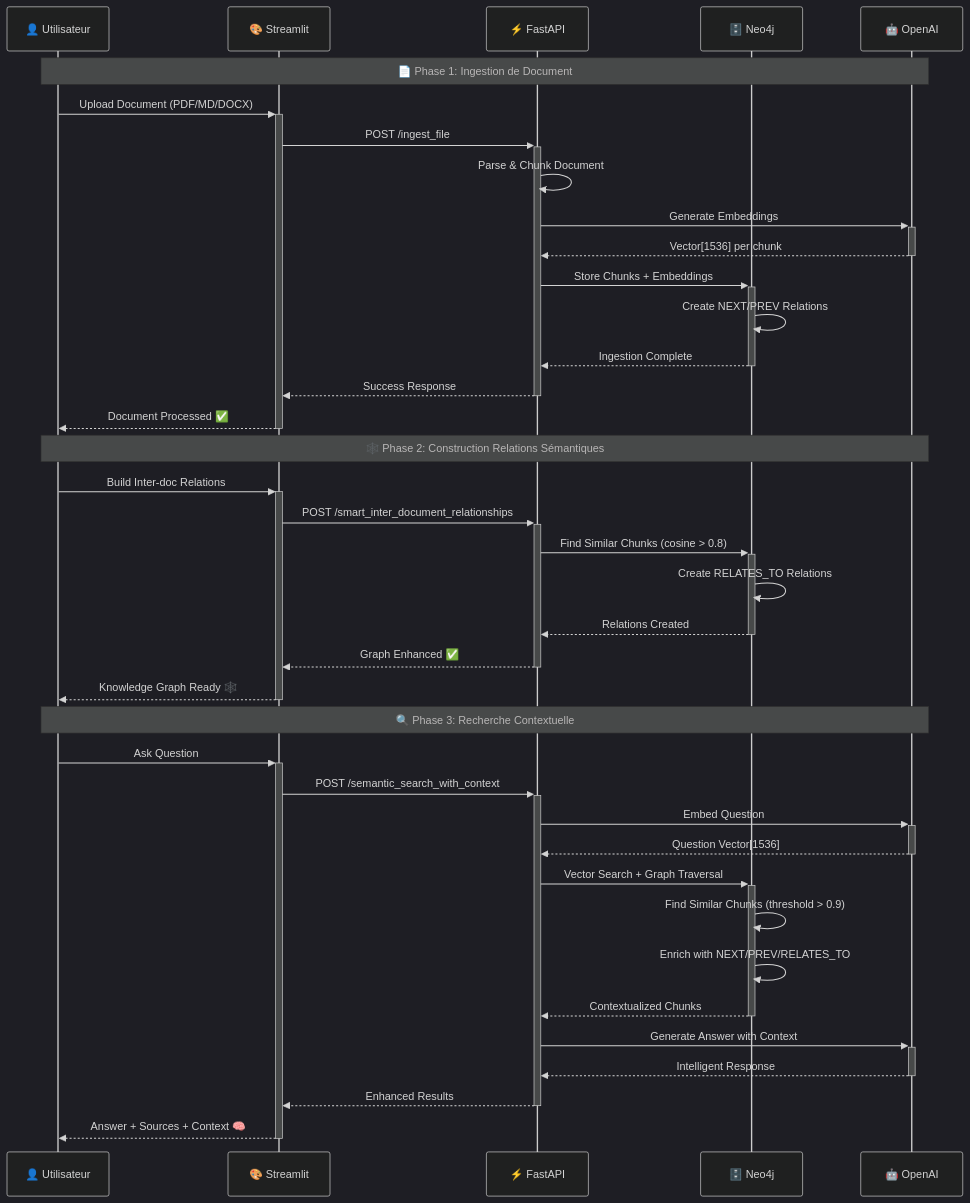
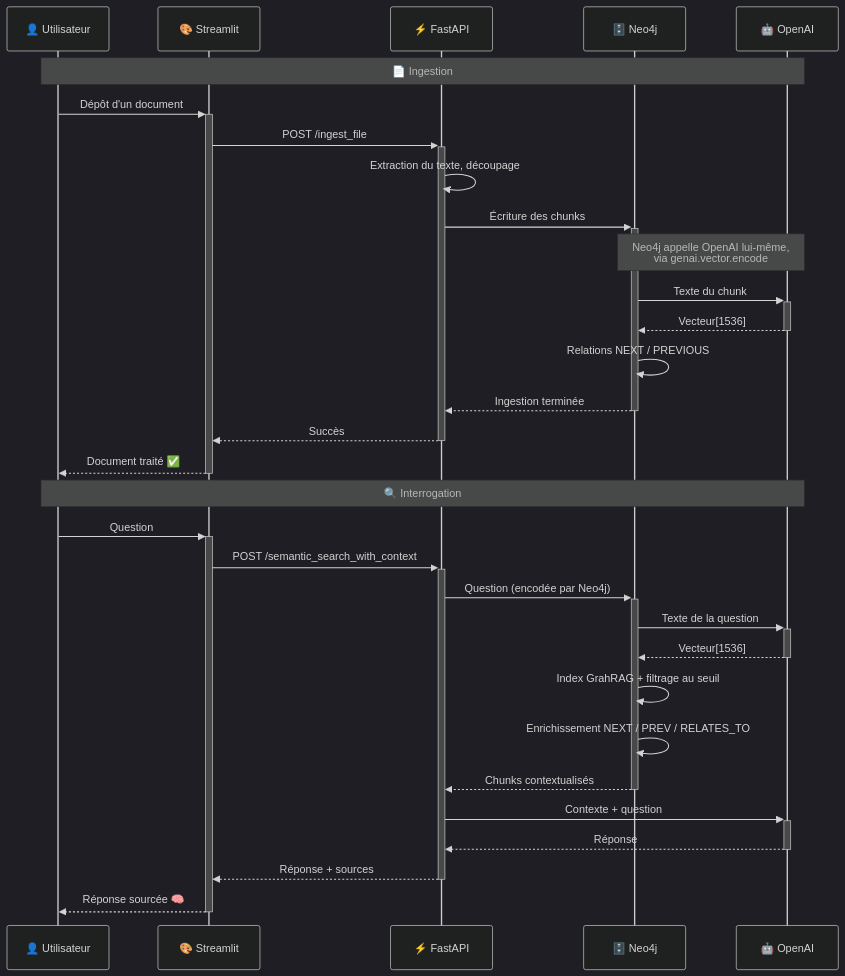
One commit to famibelle/KnowledgeGraphRag changed the second of 2 diagrams in README.md. Above: the diagram before and after it, drawn with Mermaid (dark theme). The commit also changed other lines of this file, not shown here.

````diff
--- a/README.md
+++ b/README.md
@@ -405,46 +283,35 @@
 ```mermaid
 sequenceDiagram
     participant User as 👤 Utilisateur
     participant UI as 🎨 Streamlit
     participant API as ⚡ FastAPI
     participant Neo4j as 🗄️ Neo4j
     participant OpenAI as 🤖 OpenAI
-    
-    %% Phase 1: Ingestion de Document
-    Note over User,OpenAI: 📄 Phase 1: Ingestion de Document
-    User->>+UI: Upload Document (PDF/MD/DOCX)
+
+    Note over User,OpenAI: 📄 Ingestion
+    User->>+UI: Dépôt d'un document
     UI->>+API: POST /ingest_file
-    API->>API: Parse & Chunk Document
-    API->>+OpenAI: Generate Embeddings
-    OpenAI-->>-API: Vector[1536] per chunk
-    API->>+Neo4j: Store Chunks + Embeddings
-    Neo4j->>Neo4j: Create NEXT/PREV Relations
-    Neo4j-->>-API: Ingestion Complete
-    API-->>-UI: Success Response
-    UI-->>-User: Document Processed ✅
-    
-    %% Phase 2: Construction Relations
-    Note over User,OpenAI: 🕸️ Phase 2: Construction Relations Sémantiques
-    User->>+UI: Build Inter-doc Relations
-    UI->>+API: POST /smart_inter_document_relationships
-    API->>+Neo4j: Find Similar Chunks (cosine > 0.8)
-    Neo4j->>Neo4j: Create RELATES_TO Relations
-    Neo4j-->>-API: Relations Created
-    API-->>-UI: Graph Enhanced ✅
-    UI-->>-User: Knowledge Graph Ready 🕸️
-    
-    %% Phase 3: Recherche Intelligente  
-    Note over User,OpenAI: 🔍 Phase 3: Recherche Contextuelle
-    User->>+UI: Ask Question
+    API->>API: Extraction du texte, découpage
+    API->>+Neo4j: Écriture des chunks
+    Note over Neo4j,OpenAI: Neo4j appelle OpenAI lui-même,<br/>via genai.vector.encode
+    Neo4j->>+OpenAI: Texte du chunk
+    OpenAI-->>-Neo4j: Vecteur[1536]
+    Neo4j->>Neo4j: Relations NEXT / PREVIOUS
+    Neo4j-->>-API: Ingestion terminée
+    API-->>-UI: Succès
+    UI-->>-User: Document traité ✅
+
+    Note over User,OpenAI: 🔍 Interrogation
+    User->>+UI: Question
     UI->>+API: POST /semantic_search_with_context
-    API->>+OpenAI: Embed Question
-    OpenAI-->>-API: Question Vector[1536]
-    API->>+Neo4j: Vector Search + Graph Traversal
-    Neo4j->>Neo4j: Find Similar Chunks (threshold > 0.9)
-    Neo4j->>Neo4j: Enrich with NEXT/PREV/RELATES_TO
-    Neo4j-->>-API: Contextualized Chunks
-    API->>+OpenAI: Generate Answer with Context
-    OpenAI-->>-API: Intelligent Response
-    API-->>-UI: Enhanced Results
-    UI-->>-User: Answer + Sources + Context 🧠
+    API->>+Neo4j: Question (encodée par Neo4j)
+    Neo4j->>+OpenAI: Texte de la question
+    OpenAI-->>-Neo4j: Vecteur[1536]
+    Neo4j->>Neo4j: Index GrahRAG + filtrage au seuil
+    Neo4j->>Neo4j: Enrichissement NEXT / PREV / RELATES_TO
+    Neo4j-->>-API: Chunks contextualisés
+    API->>+OpenAI: Contexte + question
+    OpenAI-->>-API: Réponse
+    API-->>-UI: Réponse + sources
+    UI-->>-User: Réponse sourcée 🧠
 ```
````
